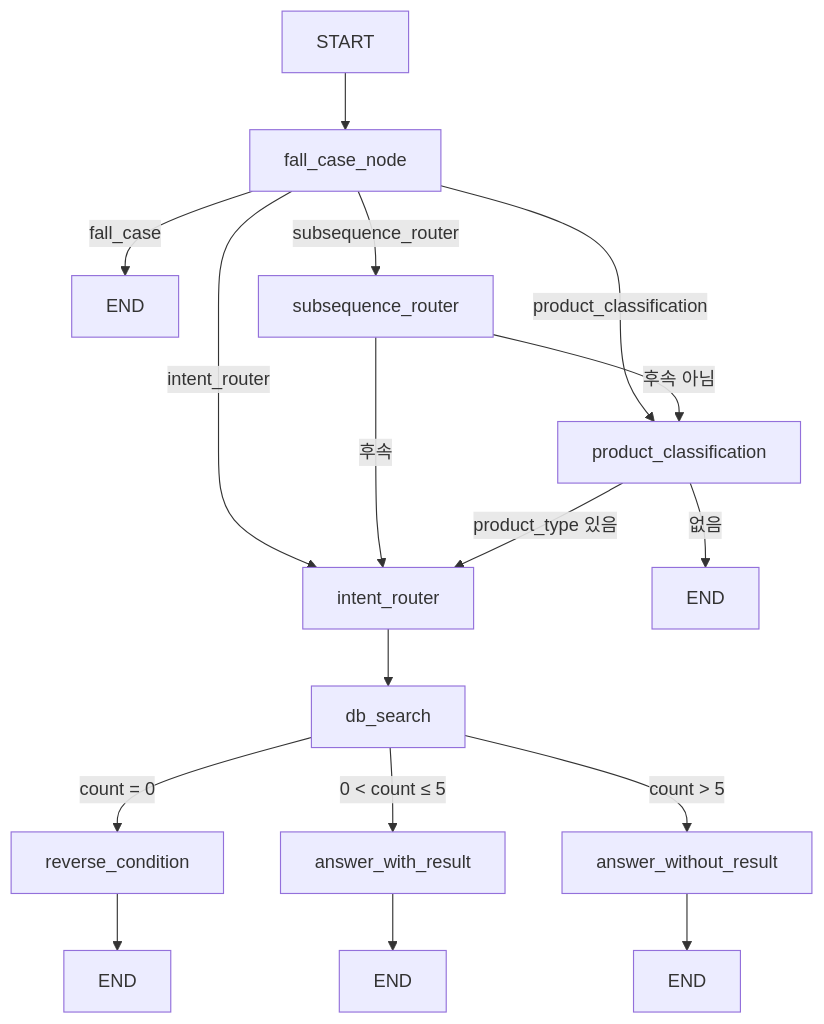
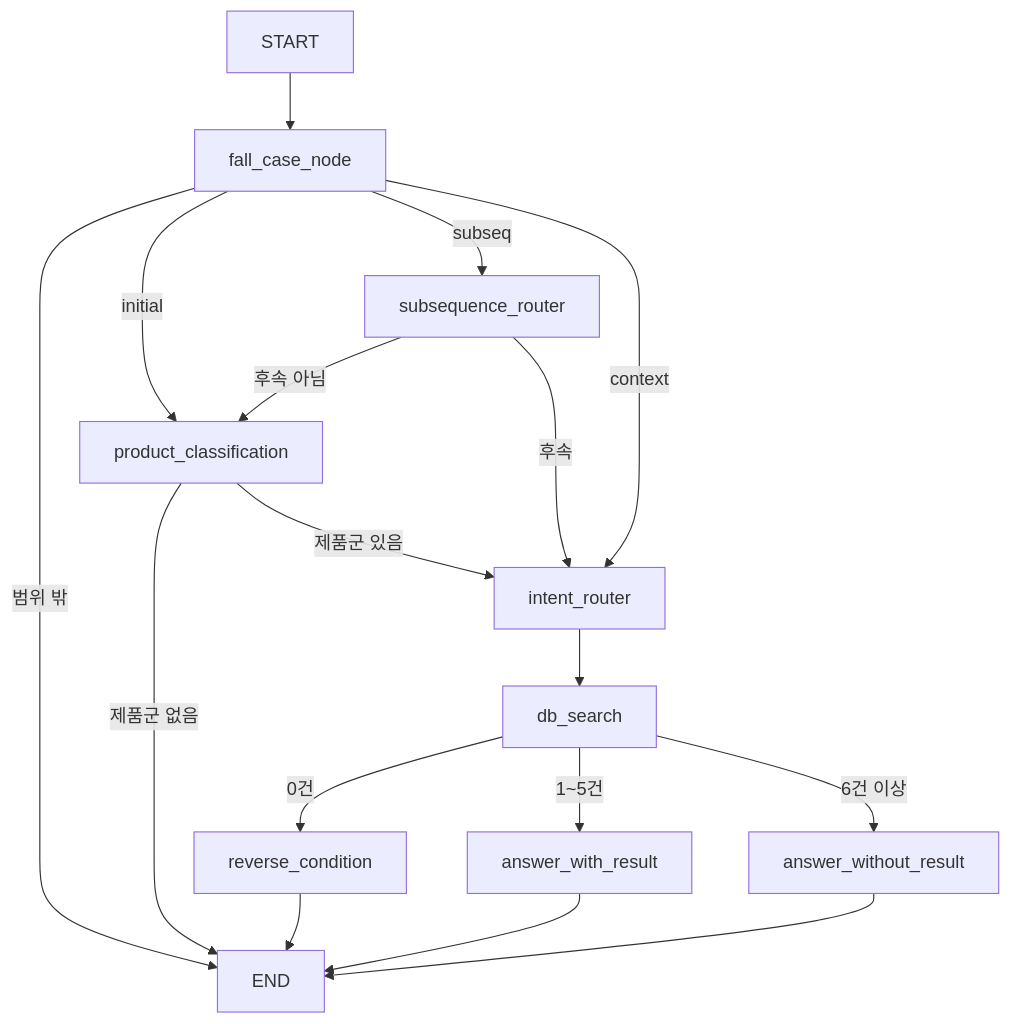
The diagram in docs/07-ai-modeling/langgraph-flow.md (minhyeok328/4th_project), drawn with Mermaid before and after one commit. The commit also changed other lines of this file and 32 other files, not shown here.

````diff
--- a/docs/07-ai-modeling/langgraph-flow.md
+++ b/docs/07-ai-modeling/langgraph-flow.md
@@ -9,23 +9,19 @@
 ```mermaid
 flowchart TD
-    START --> fall[fall_case_node]
-    fall -->|fall_case| END1[END]
-    fall -->|subsequence_router| sub[subsequence_router]
-    fall -->|product_classification| cls[product_classification]
-    fall -->|intent_router| intent[intent_router]
-
-    sub -->|후속 아님| cls
-    sub -->|후속| intent
-
-    cls -->|product_type 있음| intent
-    cls -->|없음| END2[END]
-
-    intent --> db[db_search]
-    db -->|count = 0| rev[reverse_condition]
-    db -->|0 < count ≤ 5| ansY[answer_with_result]
-    db -->|count > 5| ansN[answer_without_result]
-
-    rev --> END3[END]
-    ansY --> END4[END]
-    ansN --> END5[END]
+    Start[START] --> Fall[fall_case_node]
+    Fall -->|범위 밖| End[END]
+    Fall -->|initial| Class[product_classification]
+    Fall -->|subseq| Sub[subsequence_router]
+    Fall -->|context| Intent[intent_router]
+    Sub -->|후속 아님| Class
+    Sub -->|후속| Intent
+    Class -->|제품군 없음| End
+    Class -->|제품군 있음| Intent
+    Intent --> DB[db_search]
+    DB -->|0건| Reverse[reverse_condition]
+    DB -->|1~5건| Answer[answer_with_result]
+    DB -->|6건 이상| More[answer_without_result]
+    Reverse --> End
+    Answer --> End
+    More --> End
 ```
````
